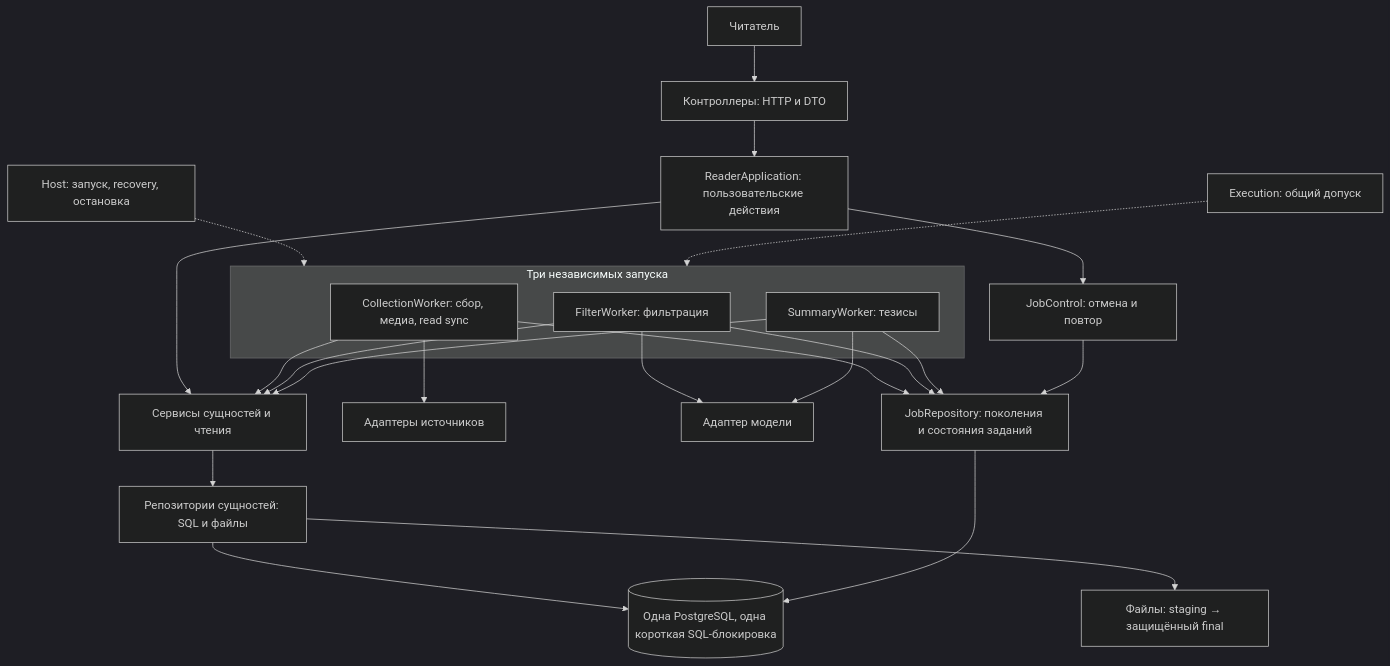
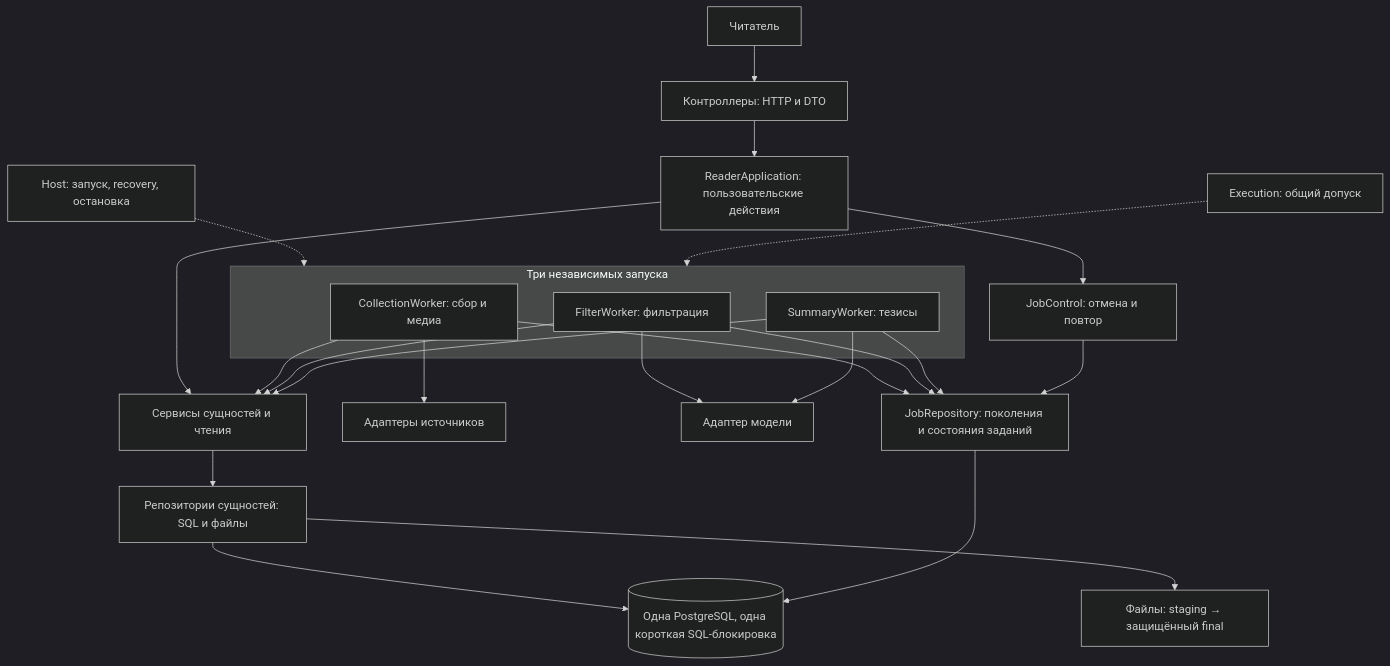
One commit to tgenman/oko changed the first of 3 diagrams in docs/human/pipeline-workers.md. Above: the diagram before and after it, drawn with Mermaid (dark theme). The commit also changed 117 other files, not shown here.

````diff
--- a/docs/human/pipeline-workers.md
+++ b/docs/human/pipeline-workers.md
@@ -7,28 +7,28 @@
 ```mermaid
 flowchart TB
     UI["Читатель"] --> HTTP["Контроллеры: HTTP и DTO"]
     HTTP --> APP["ReaderApplication: пользовательские действия"]
     APP --> SV["Сервисы сущностей и чтения"]
     APP --> CTL["JobControl: отмена и повтор"]
     subgraph CRONS["Три независимых запуска"]
-      C["CollectionWorker: сбор, медиа, read sync"]
+      C["CollectionWorker: сбор и медиа"]
       F["FilterWorker: фильтрация"]
       T["SummaryWorker: тезисы"]
     end
     C --> SRC["Адаптеры источников"]
     F --> AI["Адаптер модели"]
     T --> AI
     C --> SV
     F --> SV
     T --> SV
     C --> JOB["JobRepository: поколения и состояния заданий"]
     F --> JOB
     T --> JOB
     CTL --> JOB
     SV --> REPO["Репозитории сущностей: SQL и файлы"]
     REPO --> DB[("Одна PostgreSQL, одна короткая SQL-блокировка")]
     JOB --> DB
     REPO --> FILES["Файлы: staging → защищённый final"]
     HOST["Host: запуск, recovery, остановка"] -.-> CRONS
     EX["Execution: общий допуск"] -.-> CRONS
 ```
````
